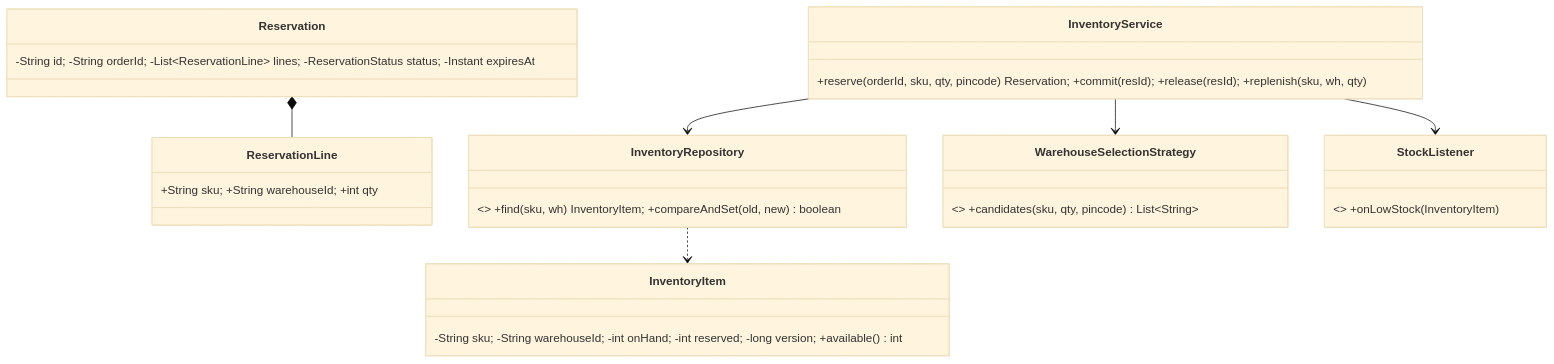
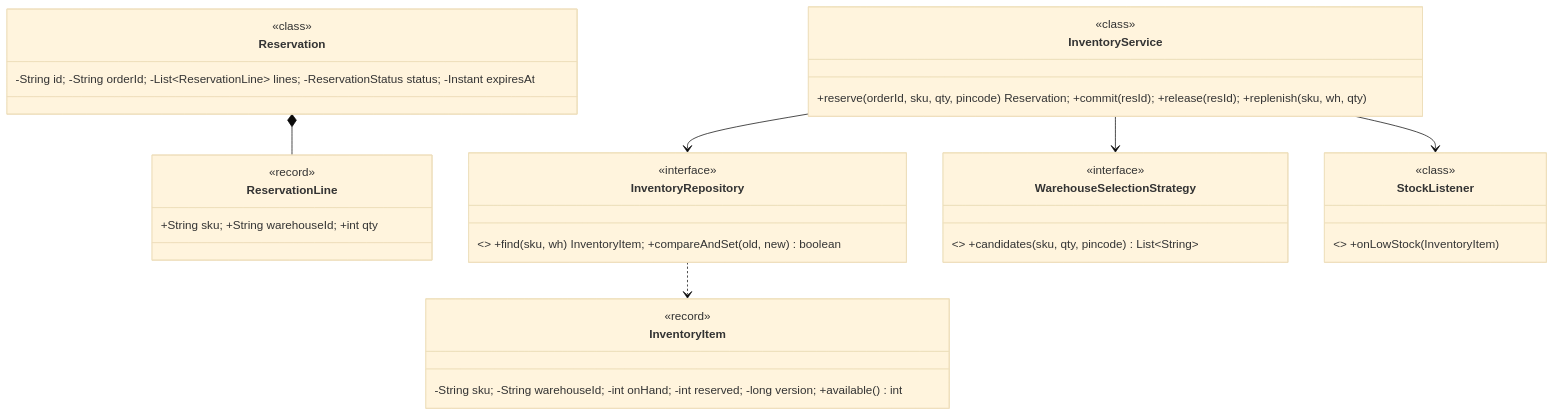
Before and after one commit to amarkum/amarkumar.guru: the first of 2 diagrams in system-design/lld/05-inventory-management.md, drawn with Mermaid (base theme). The commit also changed 27 other files, not shown here.

Commit message:
Label every UML type as interface, enumeration, abstract, record or class, add missing enums, and colour-code them.

````diff
--- a/system-design/lld/05-inventory-management.md
+++ b/system-design/lld/05-inventory-management.md
@@ -38,15 +38,36 @@
 ```mermaid
 classDiagram
     class InventoryItem { -String sku; -String warehouseId; -int onHand; -int reserved; -long version; +available() int }
     class Reservation { -String id; -String orderId; -List~ReservationLine~ lines; -ReservationStatus status; -Instant expiresAt }
     class ReservationLine { +String sku; +String warehouseId; +int qty }
     class InventoryRepository { <<interface>> +find(sku, wh) InventoryItem; +compareAndSet(old, new) boolean }
     class WarehouseSelectionStrategy { <<interface>> +candidates(sku, qty, pincode) List~String~ }
     class InventoryService { +reserve(orderId, sku, qty, pincode) Reservation; +commit(resId); +release(resId); +replenish(sku, wh, qty) }
     class StockListener { <<interface>> +onLowStock(InventoryItem) }
     Reservation *-- ReservationLine
     InventoryService --> InventoryRepository
     InventoryService --> WarehouseSelectionStrategy
     InventoryService --> StockListener
     InventoryRepository ..> InventoryItem
+    class Reservation {
+      <<class>>
+    }
+    class ReservationLine {
+      <<record>>
+    }
+    class InventoryService {
+      <<class>>
+    }
+    class StockListener {
+      <<class>>
+    }
+    class WarehouseSelectionStrategy {
+      <<interface>>
+    }
+    class InventoryRepository {
+      <<interface>>
+    }
+    class InventoryItem {
+      <<record>>
+    }
 ```
````
